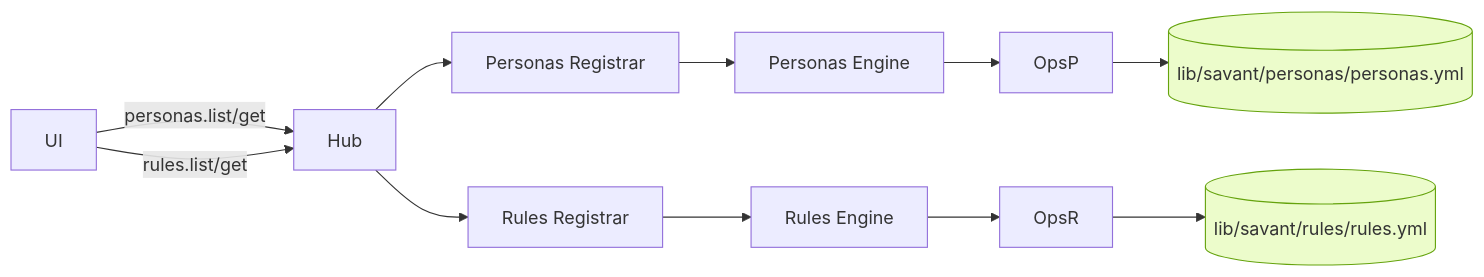
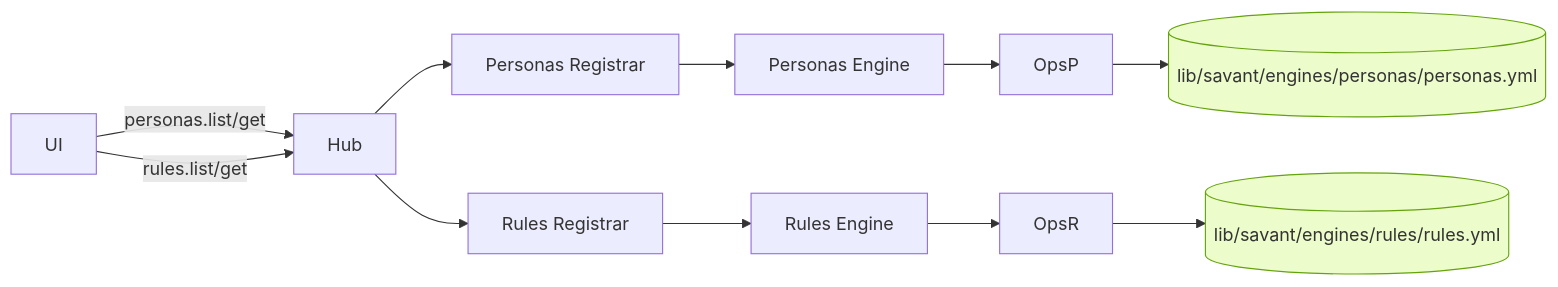
The fifth of 7 diagrams in memory_bank/architecture.md (ashabbir/savant), drawn with Mermaid before and after one commit. The commit also changed other lines of this file and 9 other files, not shown here.

````diff
--- a/memory_bank/architecture.md
+++ b/memory_bank/architecture.md
@@ -173,11 +173,11 @@
 ```mermaid
 flowchart LR
   UI -->|personas.list/get| Hub --> RegP[Personas Registrar] --> EngP[Personas Engine] --> OpsP
-  OpsP --> YAML1[(lib/savant/personas/personas.yml)]
+  OpsP --> YAML1[(lib/savant/engines/personas/personas.yml)]
 
   UI -->|rules.list/get| Hub --> RegR[Rules Registrar] --> EngR[Rules Engine] --> OpsR
-  OpsR --> YAML2[(lib/savant/rules/rules.yml)]
+  OpsR --> YAML2[(lib/savant/engines/rules/rules.yml)]
 
   classDef yaml fill:#ecfccb,stroke:#65a30d
   class YAML1,YAML2 yaml
 ```
````
